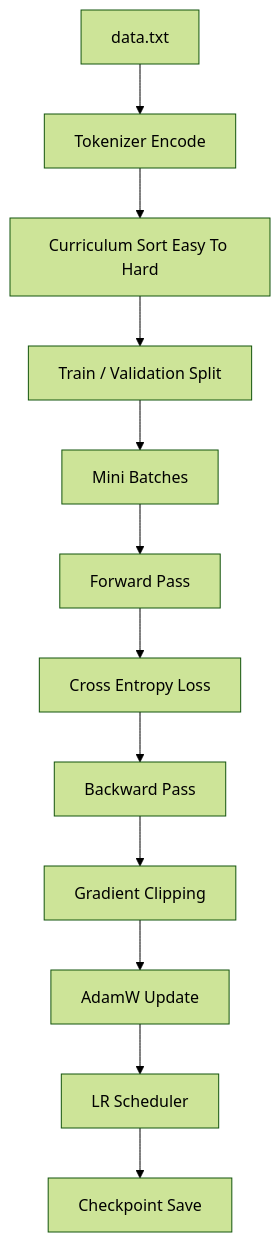
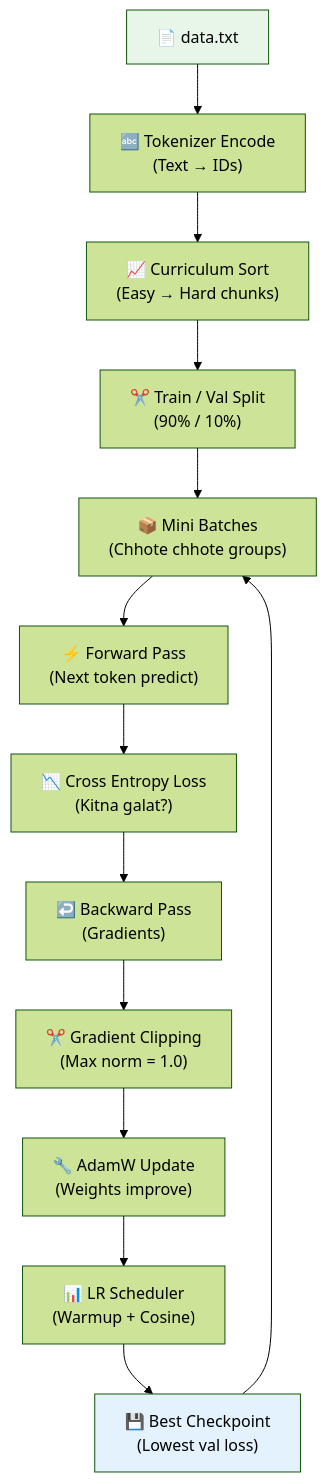
Diagram 12 of 24 in docs/susagpt/SusaGPT_Diagram_Guide.md (Sameer-Malik20/SusaGPT-Build-LLM-From-Scratch-With-Hinglish-Learning-Material), drawn with Mermaid (forest theme) before and after one commit. The commit also changed other lines of this file and 10 other files, not shown here.

````diff
--- a/docs/susagpt/SusaGPT_Diagram_Guide.md
+++ b/docs/susagpt/SusaGPT_Diagram_Guide.md
@@ -286,14 +652,18 @@
 ```mermaid
 flowchart TD
-    A[data.txt] --> B[Tokenizer Encode]
-    B --> C[Curriculum Sort Easy To Hard]
-    C --> D[Train / Validation Split]
-    D --> E[Mini Batches]
-    E --> F[Forward Pass]
-    F --> G[Cross Entropy Loss]
-    G --> H[Backward Pass]
-    H --> I[Gradient Clipping]
-    I --> J[AdamW Update]
-    J --> K[LR Scheduler]
-    K --> L[Checkpoint Save]
+    A["📄 data.txt"] --> B["🔤 Tokenizer Encode\n(Text → IDs)"]
+    B --> C["📈 Curriculum Sort\n(Easy → Hard chunks)"]
+    C --> D["✂️ Train / Val Split\n(90% / 10%)"]
+    D --> E["📦 Mini Batches\n(Chhote chhote groups)"]
+    E --> F["⚡ Forward Pass\n(Next token predict)"]
+    F --> G["📉 Cross Entropy Loss\n(Kitna galat?)"]
+    G --> H["↩️ Backward Pass\n(Gradients)"]
+    H --> I["✂️ Gradient Clipping\n(Max norm = 1.0)"]
+    I --> J["🔧 AdamW Update\n(Weights improve)"]
+    J --> K["📊 LR Scheduler\n(Warmup + Cosine)"]
+    K --> L["💾 Best Checkpoint\n(Lowest val loss)"]
+    L --> E
+
+    style A fill:#E8F5E9
+    style L fill:#E3F2FD
 ```
````
